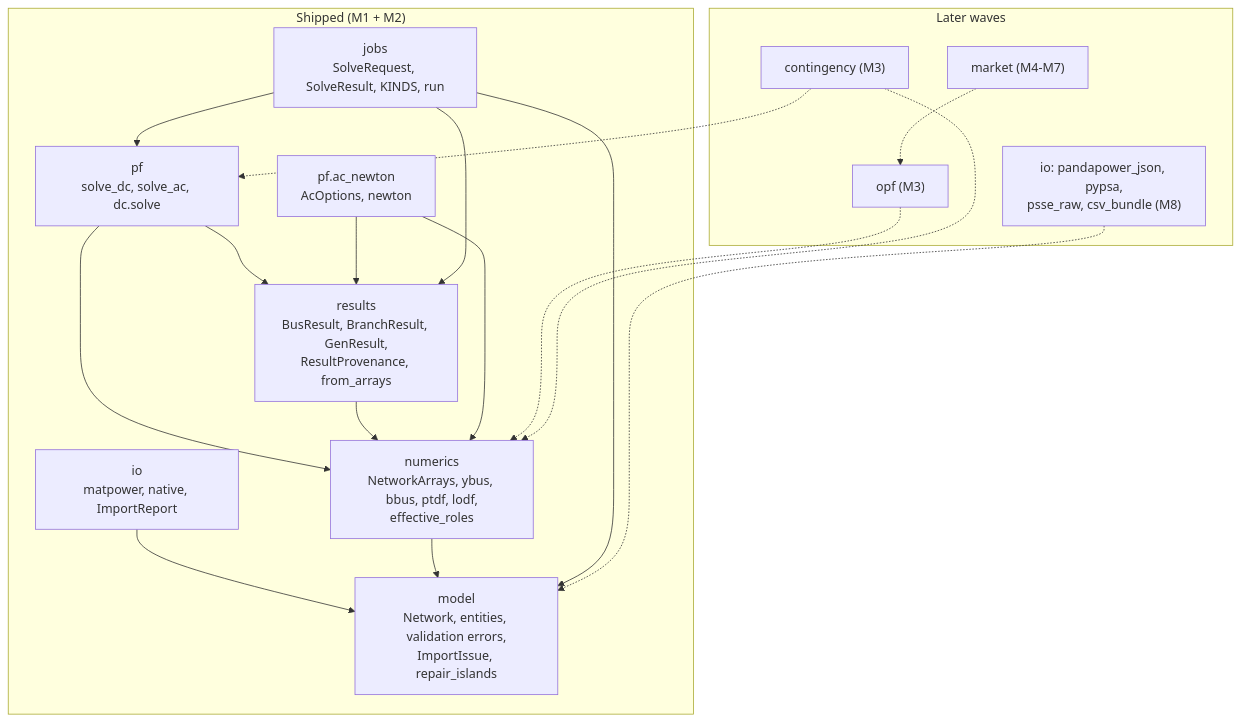
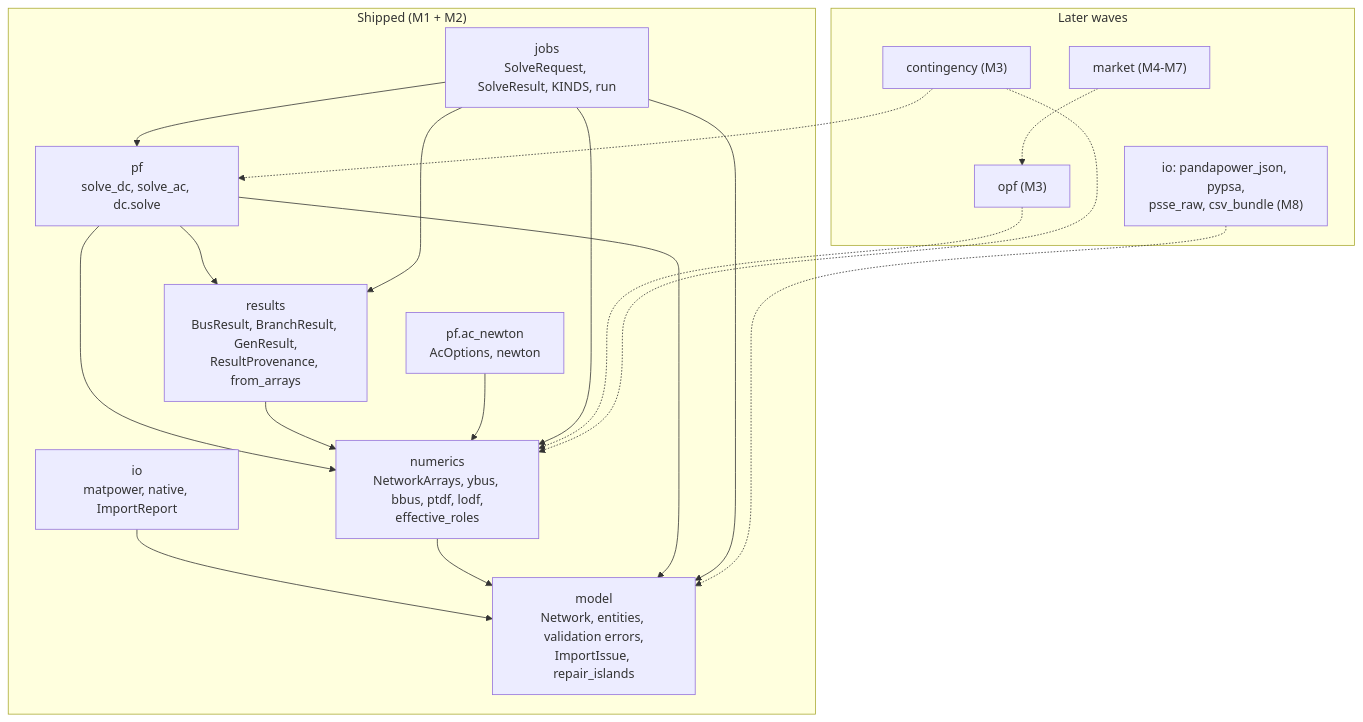
The first of 2 diagrams in docs/design/architecture.md (mambo10005/mambo-power), drawn with Mermaid before and after one commit. The commit also changed 24 other files, not shown here.

````diff
--- a/docs/design/architecture.md
+++ b/docs/design/architecture.md
@@ -13,34 +13,35 @@
 ```mermaid
 flowchart TB
     subgraph present["Shipped (M1 + M2)"]
         model["model<br/>Network, entities, validation errors,<br/>ImportIssue, repair_islands"]
         io["io<br/>matpower, native, ImportReport"]
         numerics["numerics<br/>NetworkArrays, ybus, bbus, ptdf, lodf,<br/>effective_roles"]
         pf["pf<br/>solve_dc, solve_ac, dc.solve"]
         ac["pf.ac_newton<br/>AcOptions, newton"]
         results["results<br/>BusResult, BranchResult, GenResult,<br/>ResultProvenance, from_arrays"]
         jobs["jobs<br/>SolveRequest, SolveResult, KINDS, run"]
     end
     subgraph later["Later waves"]
         opf["opf (M3)"]
         n1["contingency (M3)"]
         market["market (M4-M7)"]
         formats["io: pandapower_json, pypsa,<br/>psse_raw, csv_bundle (M8)"]
     end
 
     io --> model
     numerics --> model
     pf --> numerics
     pf --> results
+    pf --> model
     results --> numerics
     ac --> numerics
-    ac --> results
     jobs --> pf
     jobs --> results
     jobs --> model
+    jobs --> numerics
     opf -.-> numerics
     n1 -.-> pf
     n1 -.-> numerics
     market -.-> opf
     formats -.-> model
 ```
````
